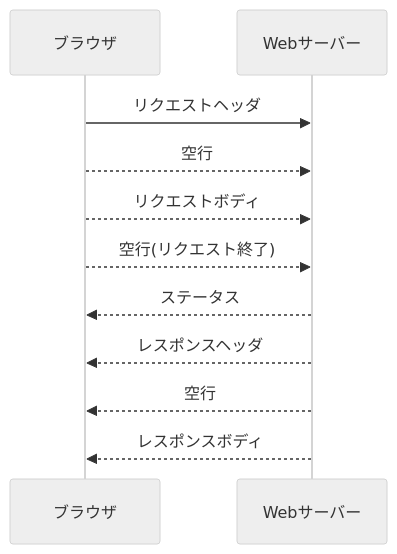
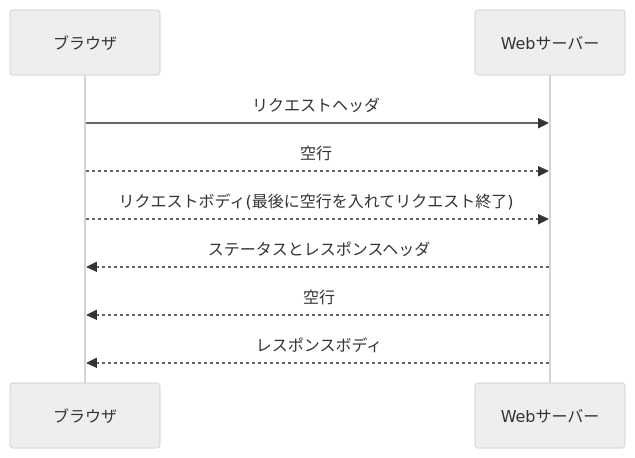
Before and after one commit to densuke/2025-network-doc: the diagram in source/app/http/method.md, drawn with Mermaid (neutral theme). The commit also changed other lines of this file and 3 other files, not shown here.

````diff
--- a/source/app/http/method.md
+++ b/source/app/http/method.md
@@ -24,13 +24,11 @@
 ```{mermaid}
 sequenceDiagram
     participant Client as ブラウザ
     participant Server as Webサーバー
     Client->>Server: リクエストヘッダ
     Client-->>Server: 空行
-    Client-->>Server: リクエストボディ
-    Client-->>Server: 空行(リクエスト終了)
-    Server-->>Client: ステータス
-    Server-->>Client: レスポンスヘッダ
+    Client-->>Server: リクエストボディ(最後に空行を入れてリクエスト終了)
+    Server-->>Client: ステータスとレスポンスヘッダ
     Server-->>Client: 空行
     Server-->>Client: レスポンスボディ
 ```
````
